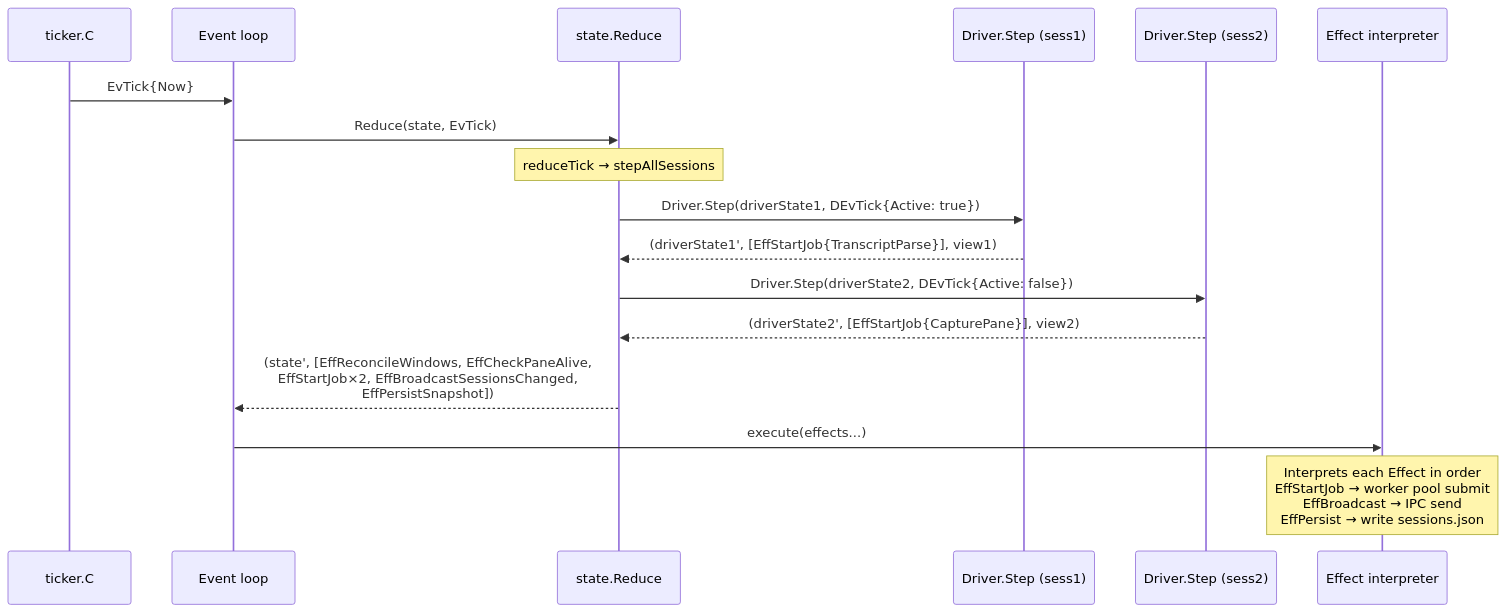
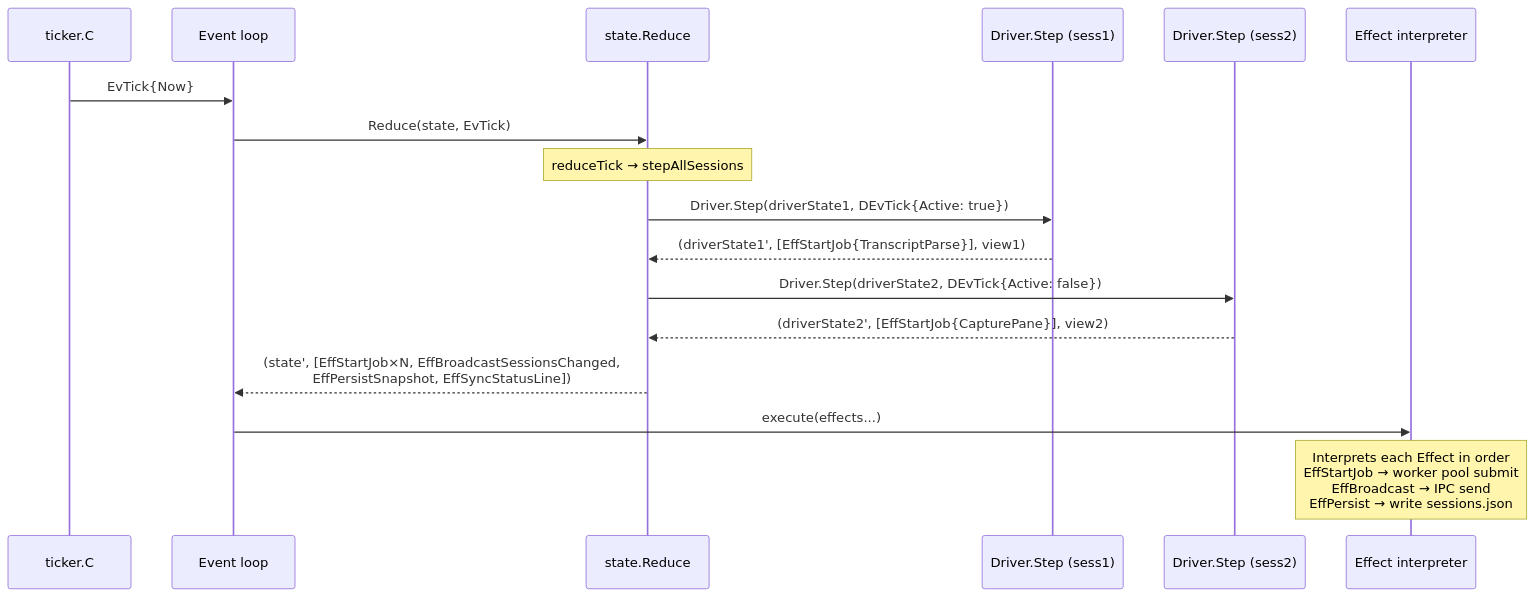
Before and after one commit to takezoh/agent-roost: the fifth of 6 diagrams in docs/ipc.md, drawn with Mermaid. The commit also changed other lines of this file and 4 other files, not shown here.

Commit message:
Update docs to reflect WindowID removal and window map architecture

````diff
--- a/docs/ipc.md
+++ b/docs/ipc.md
@@ -198,20 +198,20 @@
 ```mermaid
 sequenceDiagram
     participant Tk as ticker.C
     participant EL as Event loop
     participant Red as state.Reduce
     participant D1 as Driver.Step (sess1)
     participant D2 as Driver.Step (sess2)
     participant Interp as Effect interpreter
 
     Tk->>EL: EvTick{Now}
     EL->>Red: Reduce(state, EvTick)
     Note over Red: reduceTick → stepAllSessions
     Red->>D1: Driver.Step(driverState1, DEvTick{Active: true})
     D1-->>Red: (driverState1', [EffStartJob{TranscriptParse}], view1)
     Red->>D2: Driver.Step(driverState2, DEvTick{Active: false})
     D2-->>Red: (driverState2', [EffStartJob{CapturePane}], view2)
-    Red-->>EL: (state', [EffReconcileWindows, EffCheckPaneAlive,<br/>EffStartJob×2, EffBroadcastSessionsChanged,<br/>EffPersistSnapshot])
+    Red-->>EL: (state', [EffStartJob×N, EffBroadcastSessionsChanged,<br/>EffPersistSnapshot, EffSyncStatusLine])
     EL->>Interp: execute(effects...)
     Note over Interp: Interprets each Effect in order<br/>EffStartJob → worker pool submit<br/>EffBroadcast → IPC send<br/>EffPersist → write sessions.json
 ```
````
